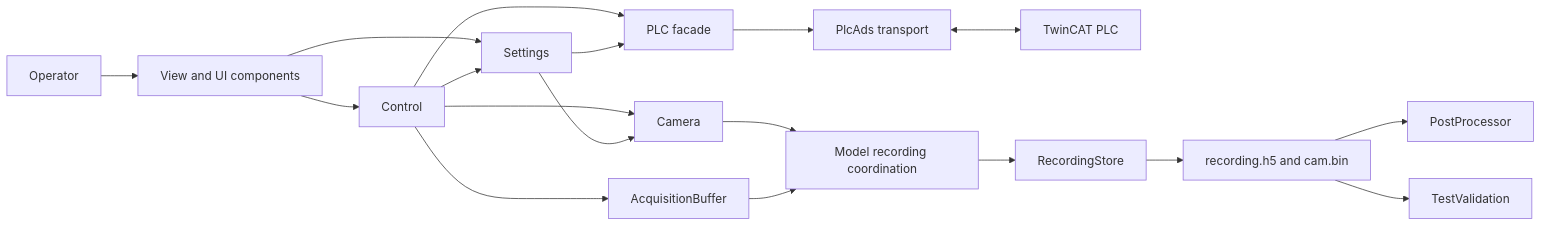
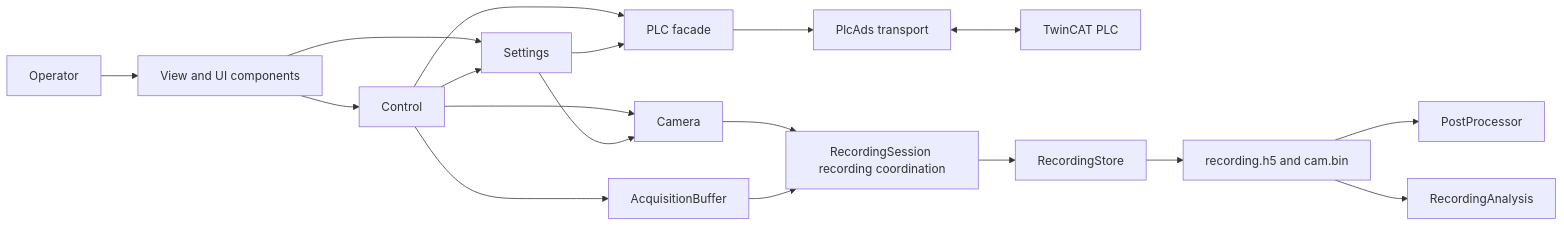
One commit to dogrinator/codebase changed the first of 4 diagrams in aorty/ARCHITECTURE.md. Above: the diagram before and after it, drawn with Mermaid. The commit also changed other lines of this file and 46 other files, not shown here.

````diff
--- a/aorty/ARCHITECTURE.md
+++ b/aorty/ARCHITECTURE.md
@@ -11,20 +11,20 @@
 ```mermaid
 flowchart LR
     Operator["Operator"] --> View["View and UI components"]
     View --> Control["Control"]
     Control --> Camera["Camera"]
     Control --> Plc["PLC facade"]
     Plc --> Ads["PlcAds transport"]
     Ads <--> TwinCAT["TwinCAT PLC"]
     Control --> Buffer["AcquisitionBuffer"]
-    Camera --> Model["Model recording coordination"]
-    Buffer --> Model["Model recording coordination"]
-    Model --> Store["RecordingStore"]
+    Camera --> RecordingSession["RecordingSession recording coordination"]
+    Buffer --> RecordingSession["RecordingSession recording coordination"]
+    RecordingSession --> Store["RecordingStore"]
     Store --> Files["recording.h5 and cam.bin"]
     Files --> Processor["PostProcessor"]
-    Files --> Validation["TestValidation"]
+    Files --> Validation["RecordingAnalysis"]
     View --> Settings["Settings"]
     Control --> Settings
     Settings --> Camera
     Settings --> Plc
 ```
````
